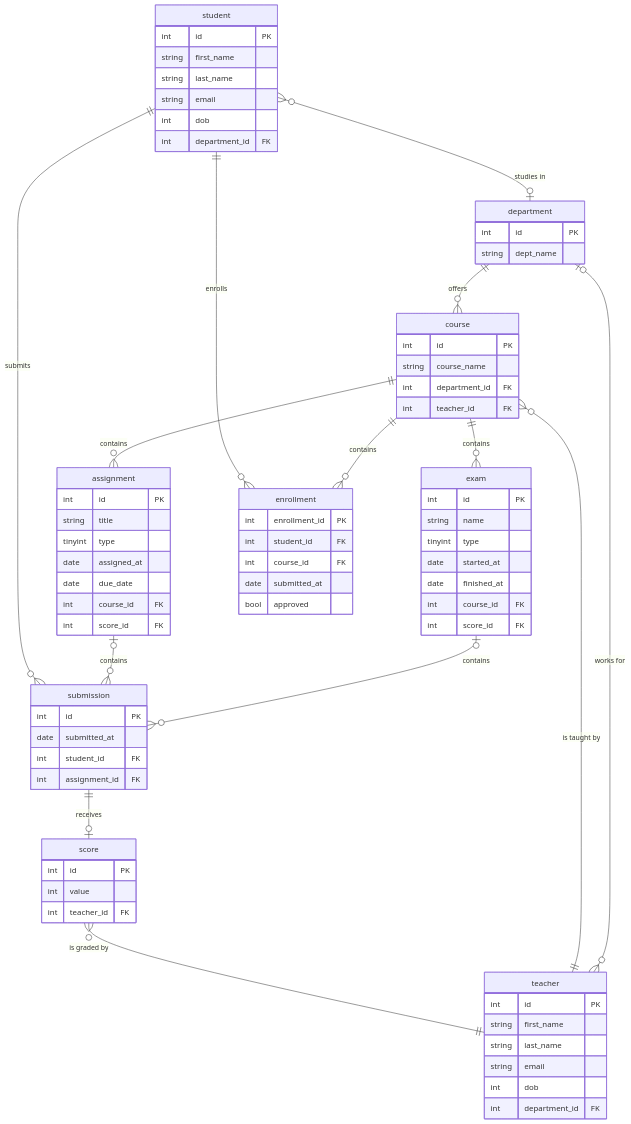
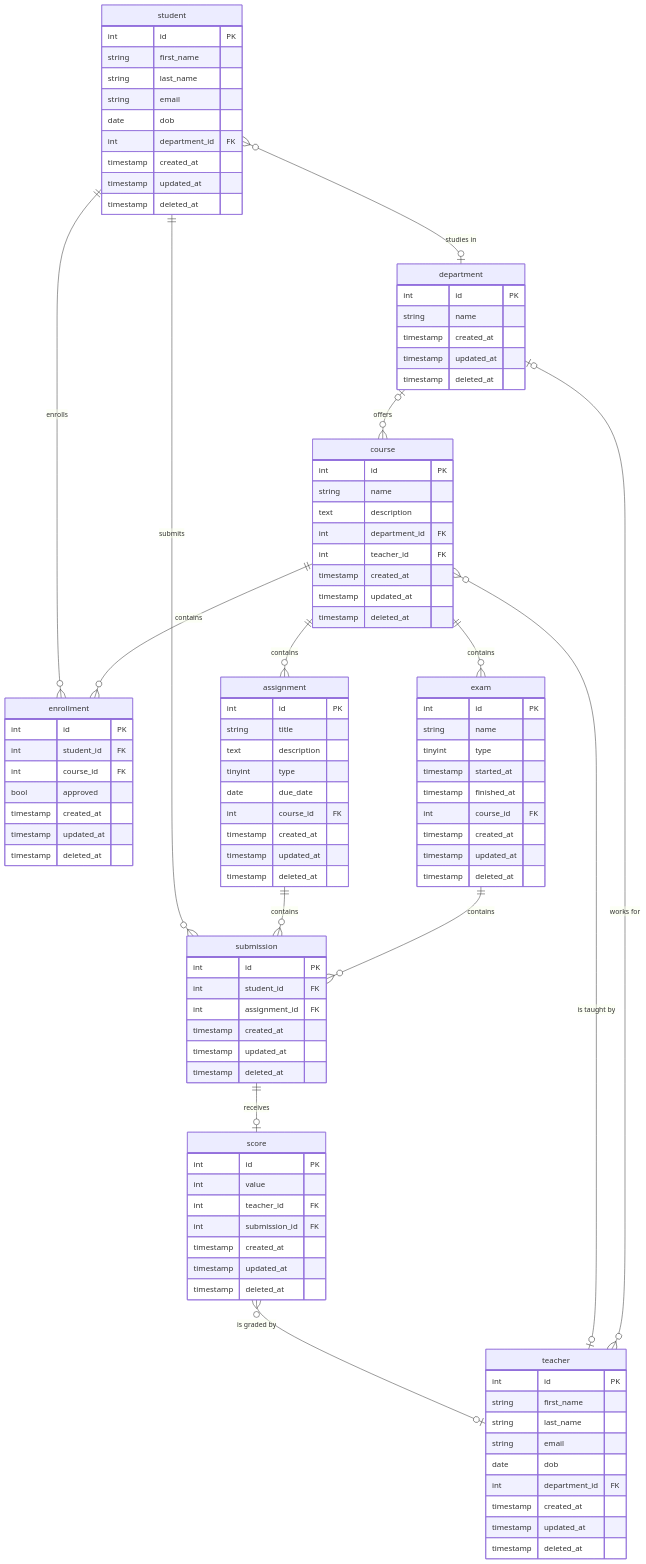
The diagram in README.md (LCYAD/be-exercise-guide), drawn with Mermaid before and after one commit. The commit also changed other lines of this file and 2 other files, not shown here.

Commit message:
refactor: review and adjust ERD and schema (#4)

````diff
--- a/README.md
+++ b/README.md
@@ -31,13 +31,19 @@
         string first_name
         string last_name
         string email
-        int dob 
+        date dob 
         int department_id FK
+        timestamp created_at
+        timestamp updated_at
+        timestamp deleted_at
     }
     
     department {
         int id PK
-        string dept_name
+        string name
+        timestamp created_at
+        timestamp updated_at
+        timestamp deleted_at
     }
     
     teacher {
@@ -45,57 +51,78 @@
         string first_name
         string last_name
         string email
-        int dob 
+        date dob 
         int department_id FK
+        timestamp created_at
+        timestamp updated_at
+        timestamp deleted_at
     }
     
     course {
         int id PK
-        string course_name
+        string name
+        text description
         int department_id FK
         int teacher_id FK
+        timestamp created_at
+        timestamp updated_at
+        timestamp deleted_at
+    }
+
+    enrollment {
+        int id PK
+        int student_id FK
+        int course_id FK
+        bool approved
+        timestamp created_at
+        timestamp updated_at
+        timestamp deleted_at
     }
     
     assignment {
         int id PK
         string title
+        text description
         tinyint type
-        date assigned_at
         date due_date
         int course_id FK
-        int score_id FK
-    }
-
-    submission {
-        int id PK
-        date submitted_at
-        int student_id FK
-        int assignment_id FK
+        timestamp created_at
+        timestamp updated_at
+        timestamp deleted_at
     }
 
     exam {
         int id PK
         string name
         tinyint type
-        date started_at
-        date finished_at
+        timestamp started_at
+        timestamp finished_at
         int course_id FK
-        int score_id FK
+        timestamp created_at
+        timestamp updated_at
+        timestamp deleted_at
+    }
+
+    submission {
+        int id PK
+        int student_id FK
+        int assignment_id FK
+        timestamp created_at
+        timestamp updated_at
+        timestamp deleted_at
     }
 
     score {
         int id PK
         int value
         int teacher_id FK
+        int submission_id FK
+        timestamp created_at
+        timestamp updated_at
+        timestamp deleted_at
     }
     
-    enrollment {
-        int enrollment_id PK
-        int student_id FK
-        int course_id FK
-        date submitted_at
-        bool approved
-    }
+
     
     student ||--o{ enrollment : "enrolls"
     course ||--o{ enrollment : "contains"
@@ -103,18 +130,18 @@
     student }o--o| department : "studies in"
     teacher }o--o| department : "works for"
     
-    department ||--o{ course : "offers"
+    department |o--o{ course : "offers"
     
     course ||--o{ assignment : "contains"
     course ||--o{ exam : "contains"
 
     student ||--o{ submission : "submits"
-    assignment |o--o{ submission : "contains"
-    exam |o--o{ submission : "contains"
+    assignment ||--o{ submission : "contains"
+    exam ||--o{ submission : "contains"
     
     submission ||--o| score : "receives"
     
-    score }o--|| teacher : "is graded by"
+    score }o--o| teacher : "is graded by"
     
-    course }o--|| teacher : "is taught by"
+    course }o--o| teacher : "is taught by"
 ```
````
